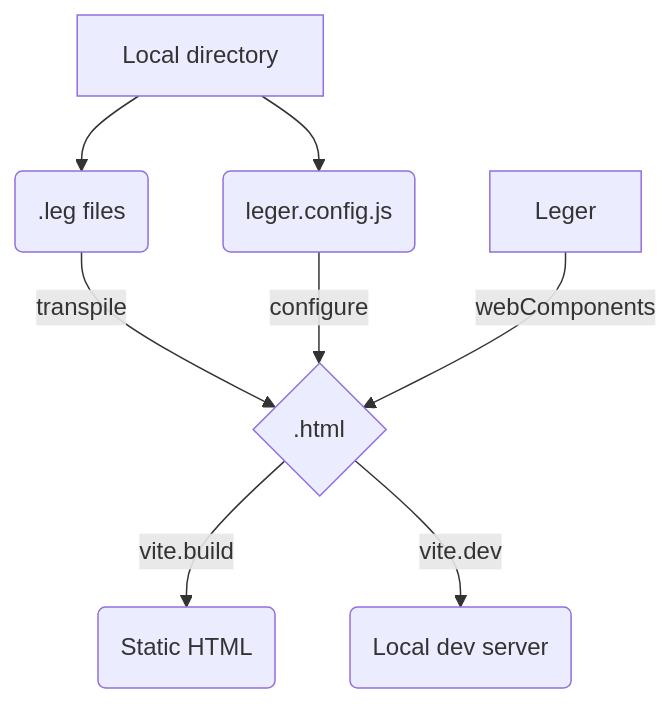
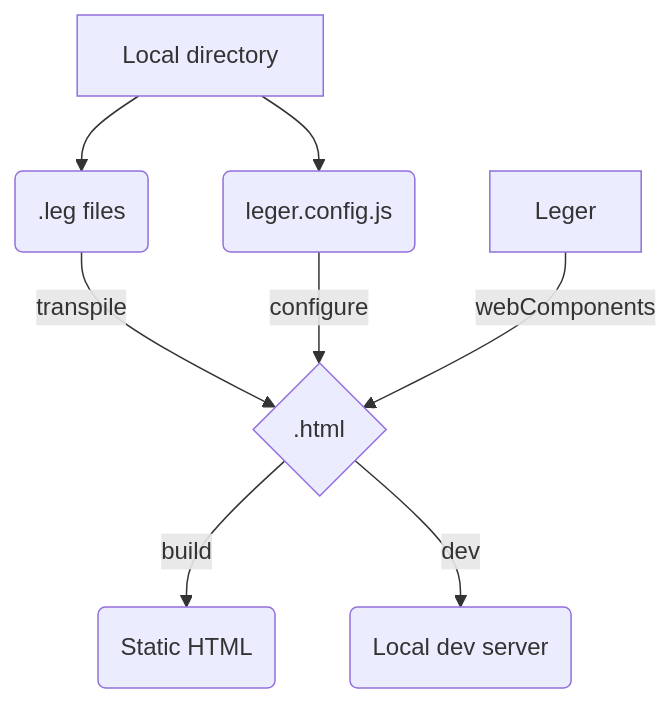
One commit to ThibaudMZN/Leger changed the diagram in README.md. Above: the diagram before and after it, drawn with Mermaid. The commit also changed other lines of this file and 2 other files, not shown here.

Commit message:
Add dev server

````diff
--- a/README.md
+++ b/README.md
@@ -9,10 +9,10 @@
 ```mermaid
 graph
     Dir[Local directory] --> Files(.leg files)
     Dir[Local directory] --> Config(leger.config.js)
     Files -- transpile --> HTML{.html}
     Config -- configure --> HTML
     Leger[Leger] -- webComponents --> HTML
-    HTML -- vite.build --> StaticHTML(Static HTML)
-    HTML -- vite.dev --> HMR(Local dev server)
+    HTML -- build --> StaticHTML(Static HTML)
+    HTML -- dev --> HMR(Local dev server)
 ```
````
